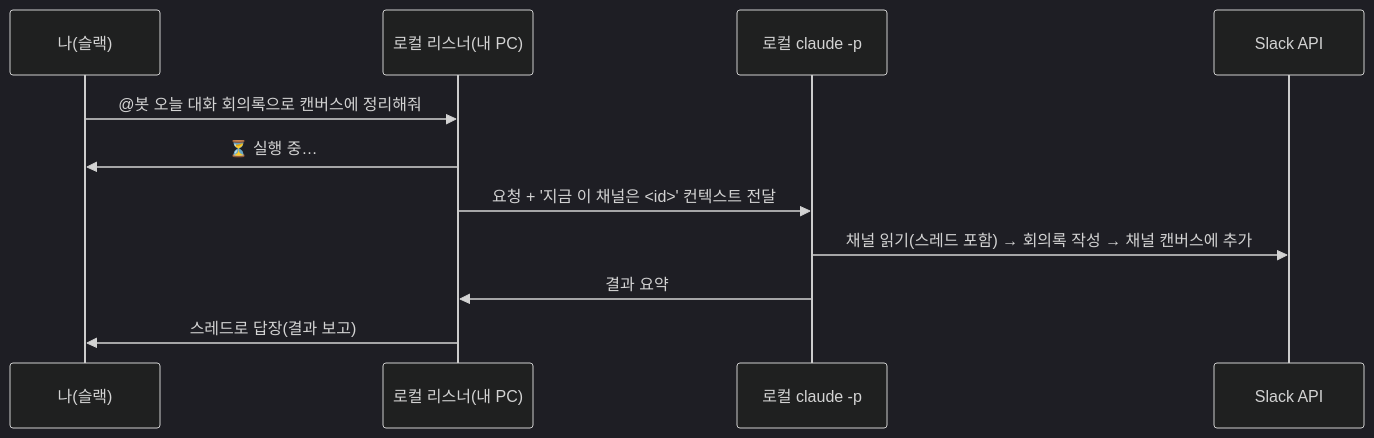
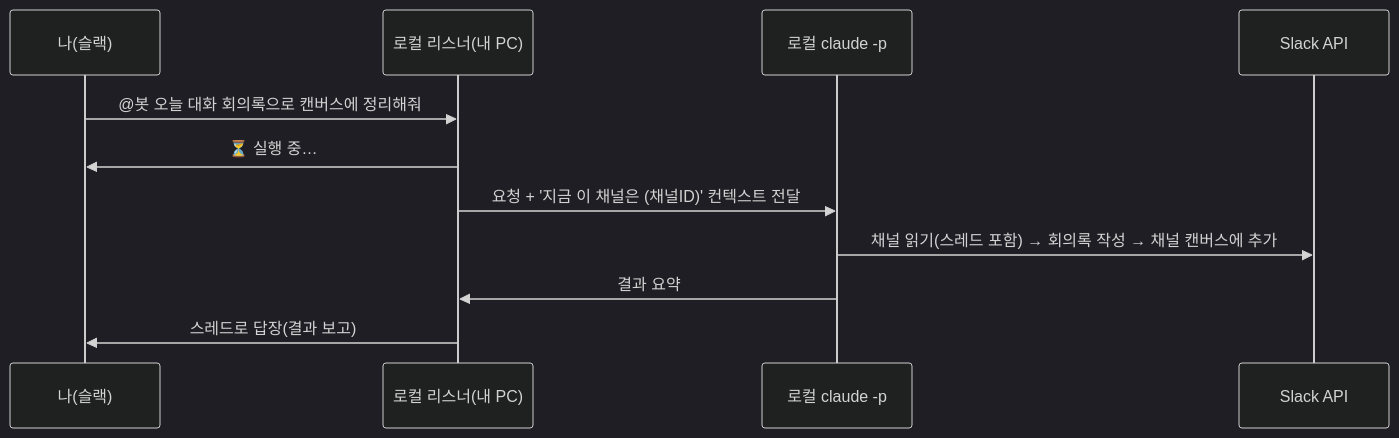
One commit to DBhyeong/DBhyeong.github.io changed the fourth of 4 diagrams in content/blog/slack-bot-channel-automation-free-plan-restricted-executor.md. Above: the diagram before and after it, drawn with Mermaid (dark theme).

Commit message:
fix(blog): mermaid sequenceDiagram의 <id> 꺾쇠 제거 — 렌더 Syntax error 수정
브라우저가 mermaid 코드블록 안의 리터럴 <id>를 실제 HTML 요소로 파싱해
Quartz의 소스 추출이 깨지면서 "Syntax error mermaid 11.4.0"이 떴다.
'(채널ID)'로 치환. mermaid 라벨엔 <br/> 외 꺾쇠 금지.

````diff
--- a/content/blog/slack-bot-channel-automation-free-plan-restricted-executor.md
+++ b/content/blog/slack-bot-channel-automation-free-plan-restricted-executor.md
@@ -114,13 +114,13 @@
 ```mermaid
 sequenceDiagram
     participant Me as 나(슬랙)
     participant Bot as 로컬 리스너(내 PC)
     participant Claude as 로컬 claude -p
     participant Slack as Slack API
     Me->>Bot: @봇 오늘 대화 회의록으로 캔버스에 정리해줘
     Bot->>Me: ⏳ 실행 중…
-    Bot->>Claude: 요청 + '지금 이 채널은 <id>' 컨텍스트 전달
+    Bot->>Claude: 요청 + '지금 이 채널은 (채널ID)' 컨텍스트 전달
     Claude->>Slack: 채널 읽기(스레드 포함) → 회의록 작성 → 채널 캔버스에 추가
     Claude->>Bot: 결과 요약
     Bot->>Me: 스레드로 답장(결과 보고)
 ```
````
